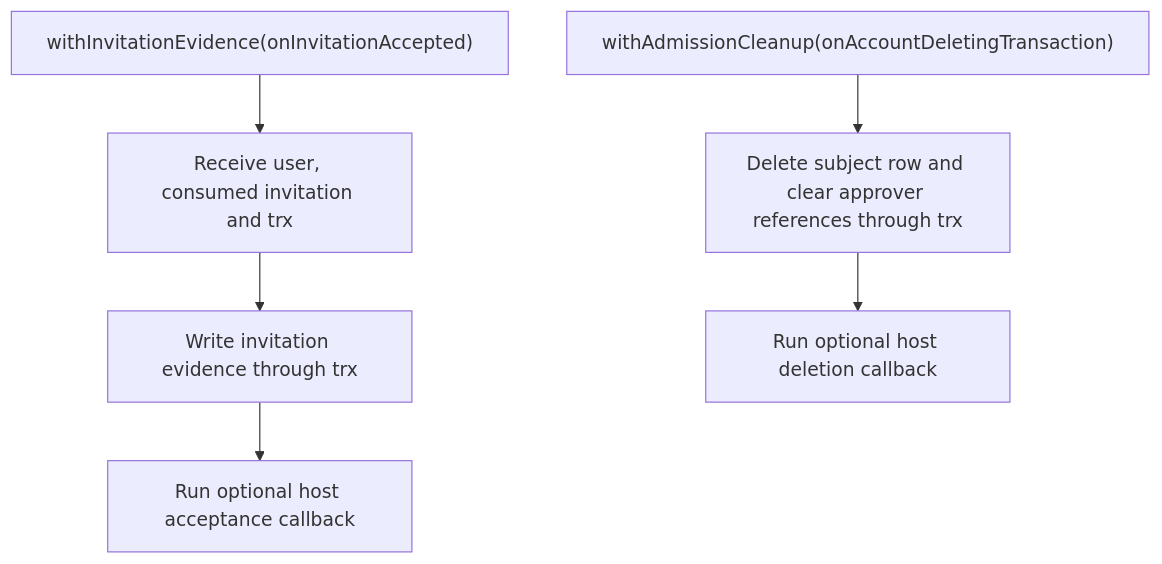
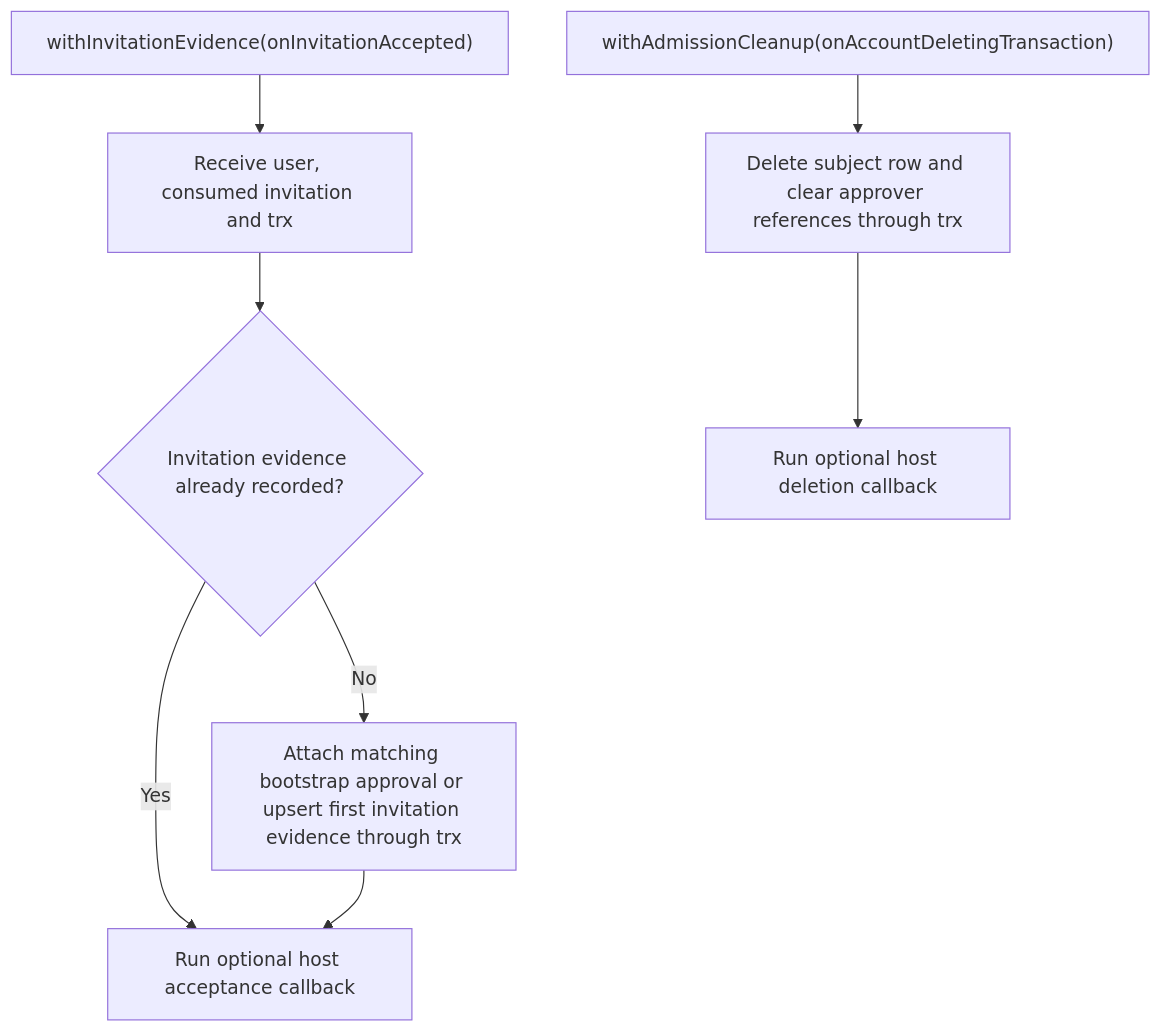
One commit to Kevinjohn/oss-adonisjs-account-kit changed the second of 2 diagrams in user-stories/US-ACCOUNT-51-configure-admission-hooks.md. Above: the diagram before and after it, drawn with Mermaid. The commit also changed other lines of this file and 43 other files, not shown here.

````diff
--- a/user-stories/US-ACCOUNT-51-configure-admission-hooks.md
+++ b/user-stories/US-ACCOUNT-51-configure-admission-hooks.md
@@ -30,8 +30,10 @@
 ```mermaid
 flowchart TD
  A["withInvitationEvidence(onInvitationAccepted)"] --> B["Receive user, consumed invitation and trx"]
- B --> C["Write invitation evidence through trx"]
- C --> D["Run optional host acceptance callback"]
+ B --> C{"Invitation evidence already recorded?"}
+ C -->|Yes| D["Run optional host acceptance callback"]
+ C -->|No| C1["Attach matching bootstrap approval or upsert first invitation evidence through trx"]
+ C1 --> D
  E["withAdmissionCleanup(onAccountDeletingTransaction)"] --> F["Delete subject row and clear approver references through trx"]
  F --> G["Run optional host deletion callback"]
 ```
````
